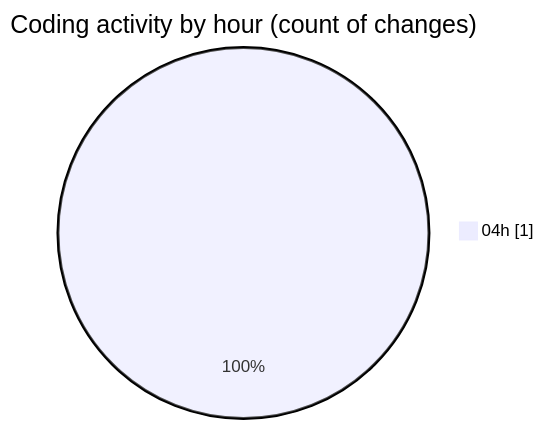
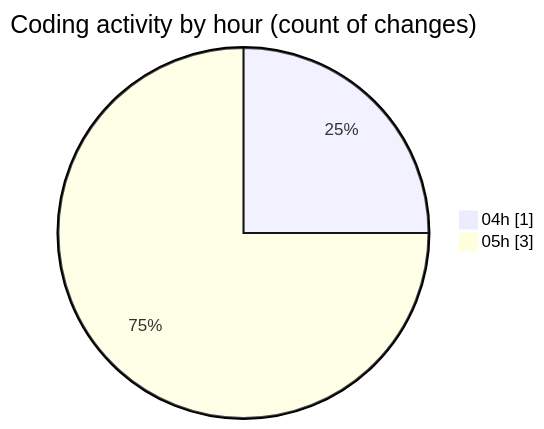
One commit to lephambinh05/code-tracking changed the second of 2 diagrams in 2025-09-10/quanlylink/README.md. Above: the diagram before and after it, drawn with Mermaid. The commit also changed other lines of this file and 1 other file, not shown here.

````diff
--- a/2025-09-10/quanlylink/README.md
+++ b/2025-09-10/quanlylink/README.md
@@ -28,5 +33,6 @@
 ```mermaid
 pie showData
 title Coding activity by hour (count of changes)
 "04h" : 1
+"05h" : 3
 ```
````
